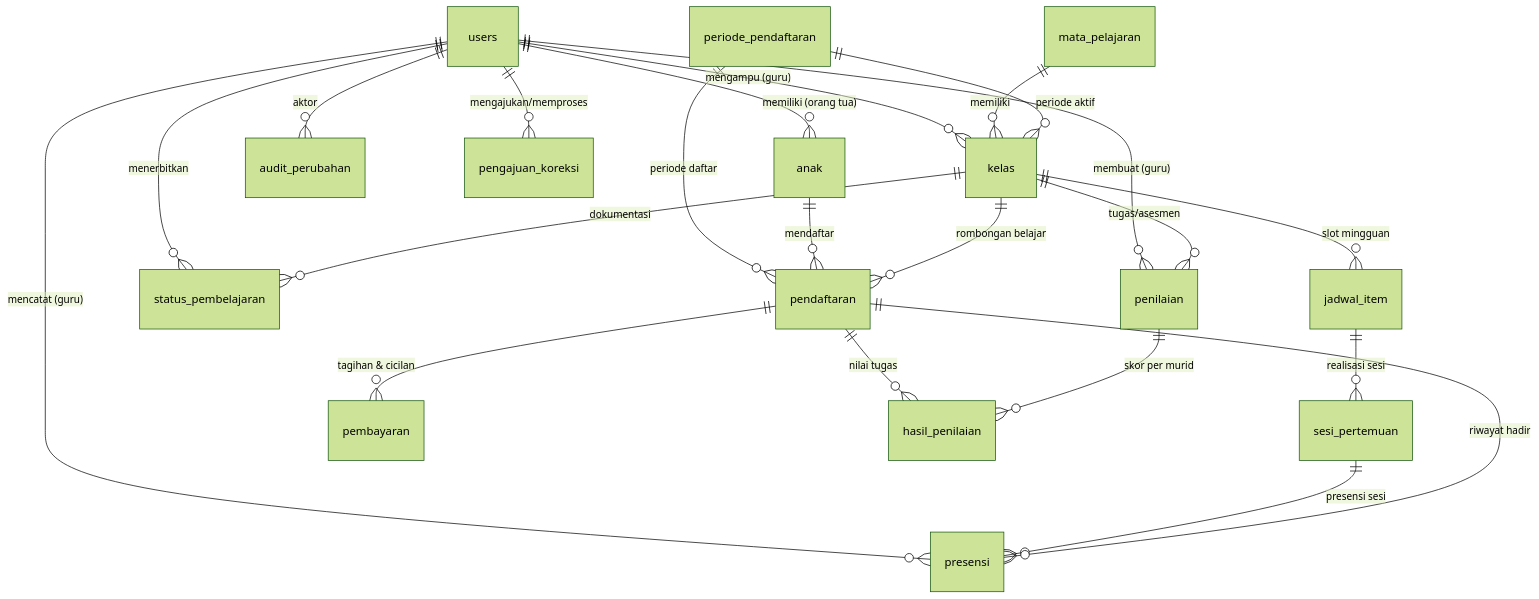
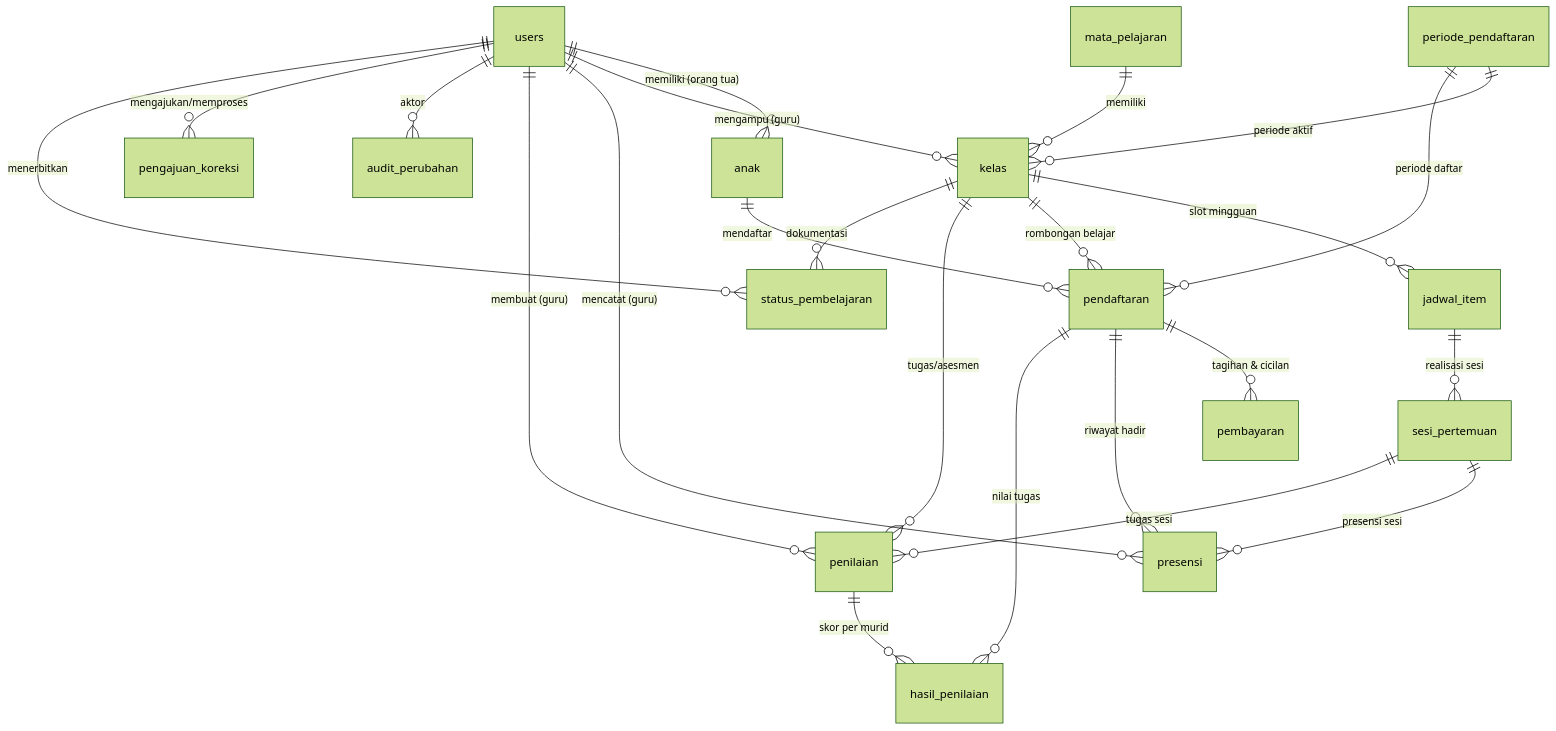
One commit to Latarombo/web-bimbel-siedu changed the diagram in .agents/docs/DATABASE_SCHEMA.md. Above: the diagram before and after it, drawn with Mermaid (forest theme). The commit also changed other lines of this file and 15 other files, not shown here.

````diff
--- a/.agents/docs/DATABASE_SCHEMA.md
+++ b/.agents/docs/DATABASE_SCHEMA.md
@@ -13,29 +13,30 @@
 ```mermaid
 erDiagram
     users ||--o{ anak : "memiliki (orang tua)"
     users ||--o{ kelas : "mengampu (guru)"
     users ||--o{ presensi : "mencatat (guru)"
     users ||--o{ penilaian : "membuat (guru)"
     users ||--o{ audit_perubahan : "aktor"
     users ||--o{ pengajuan_koreksi : "mengajukan/memproses"
     users ||--o{ status_pembelajaran : "menerbitkan"
 
     mata_pelajaran ||--o{ kelas : "memiliki"
     periode_pendaftaran ||--o{ kelas : "periode aktif"
     periode_pendaftaran ||--o{ pendaftaran : "periode daftar"
 
     anak ||--o{ pendaftaran : "mendaftar"
     kelas ||--o{ jadwal_item : "slot mingguan"
     kelas ||--o{ pendaftaran : "rombongan belajar"
     kelas ||--o{ penilaian : "tugas/asesmen"
     kelas ||--o{ status_pembelajaran : "dokumentasi"
 
     jadwal_item ||--o{ sesi_pertemuan : "realisasi sesi"
     sesi_pertemuan ||--o{ presensi : "presensi sesi"
+    sesi_pertemuan ||--o{ penilaian : "tugas sesi"
 
     pendaftaran ||--o{ pembayaran : "tagihan & cicilan"
     pendaftaran ||--o{ presensi : "riwayat hadir"
     pendaftaran ||--o{ hasil_penilaian : "nilai tugas"
 
     penilaian ||--o{ hasil_penilaian : "skor per murid"
 ```
````
